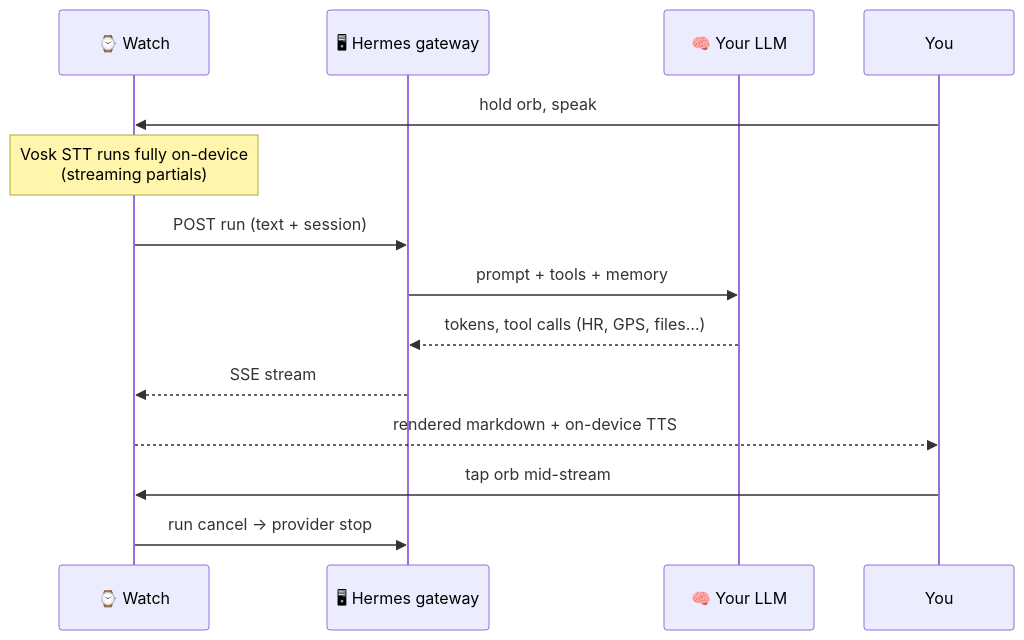
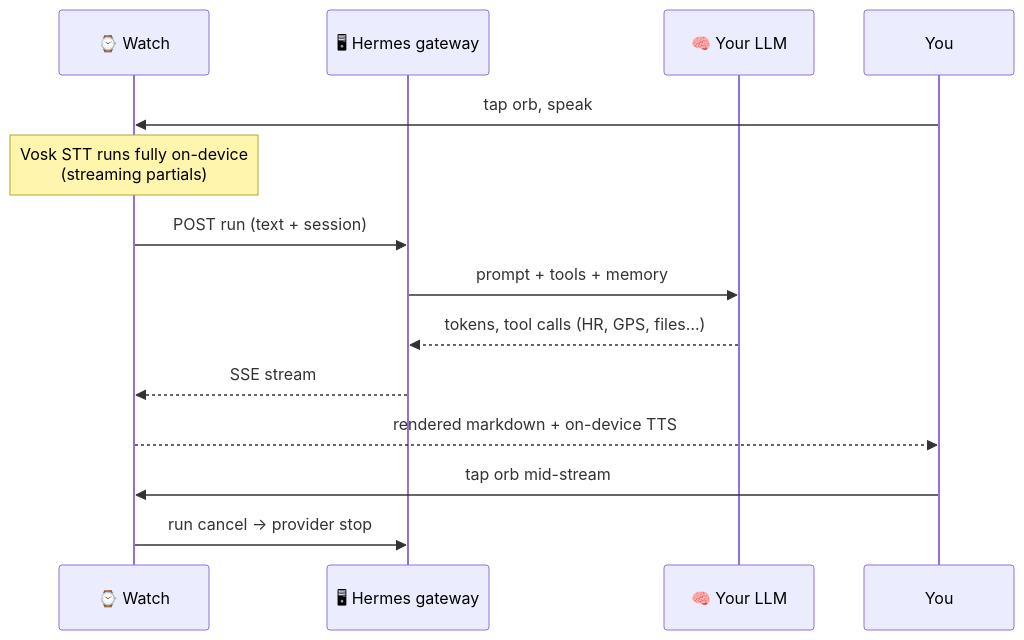
The first of 3 diagrams in README.md (DMelisena/hermes-wearos), drawn with Mermaid before and after one commit. The commit also changed other lines of this file and 1 other file, not shown here.

Commit message:
demo v2 + screens v2: 2:12 real-speed circular-crop tour (every feature, scripted impressive conversation), 38s circular GIF, 17 refreshed screens on the tap-orb build, README/SPEC match the semantics

````diff
--- a/README.md
+++ b/README.md
@@ -50,15 +52,15 @@
 ```mermaid
 sequenceDiagram
     participant W as ⌚ Watch
     participant G as 🖥 Hermes gateway
     participant L as 🧠 Your LLM
-    You->>W: hold orb, speak
+    You->>W: tap orb, speak
     Note over W: Vosk STT runs fully on-device<br/>(streaming partials)
     W->>G: POST run (text + session)
     G->>L: prompt + tools + memory
     L-->>G: tokens, tool calls (HR, GPS, files…)
     G-->>W: SSE stream
     W-->>You: rendered markdown + on-device TTS
     You->>W: tap orb mid-stream
     W->>G: run cancel → provider stop
 ```
````
